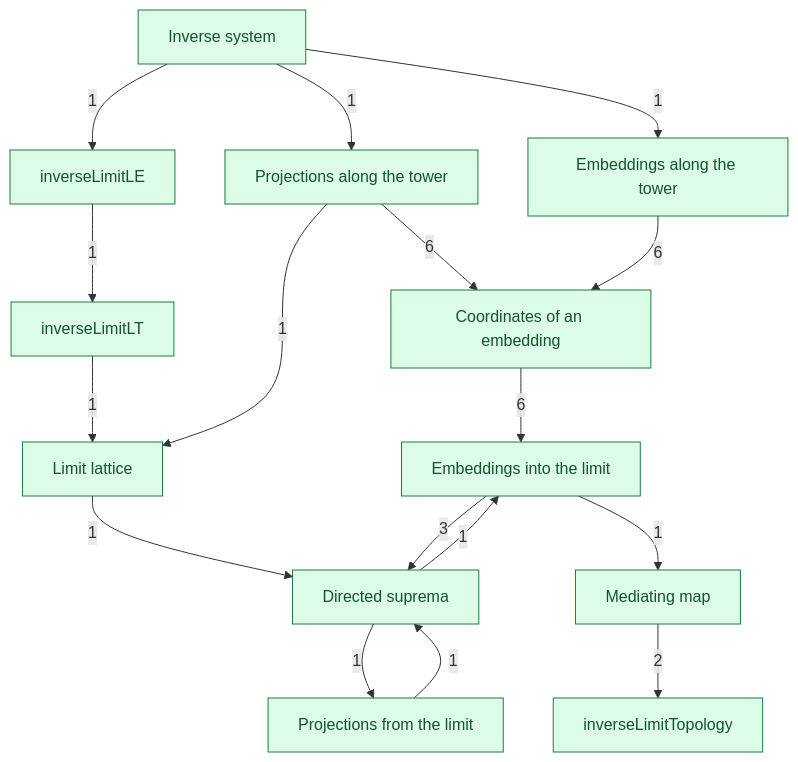
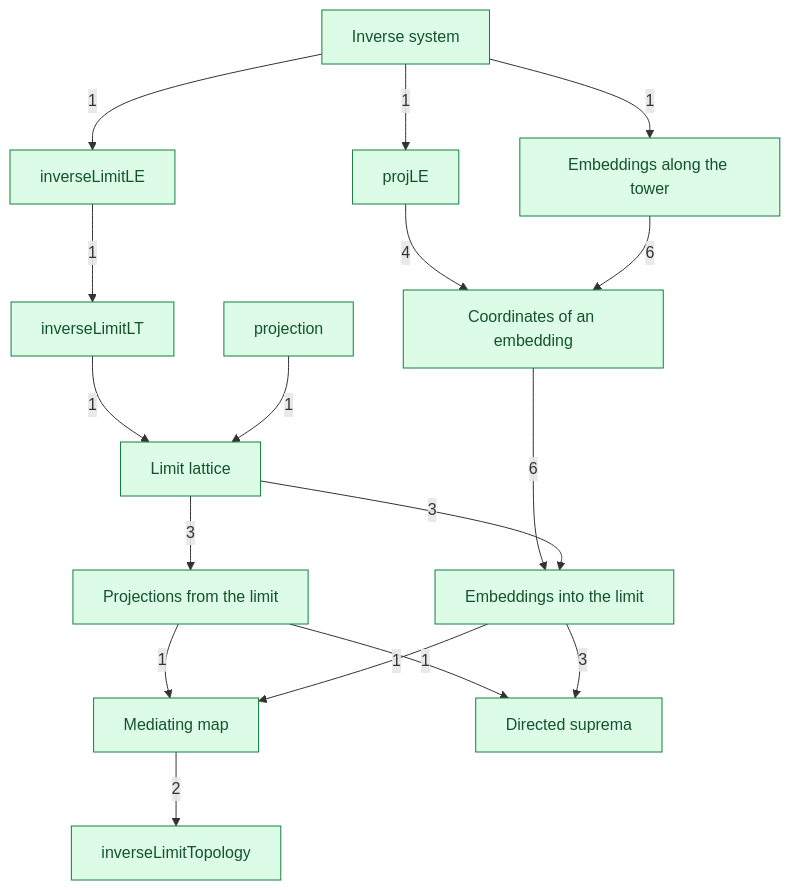
Before and after one commit to catskillsresearch/DomainTheory: the diagram in DomainTheory/ContinuousLattice/InverseLimits/1972_Inverse_limits.mermaid, drawn with Mermaid. The commit also changed 32 other files, not shown here.

Commit message:
File projLE and the one-step projection apart, and place the pointwise directed supremum with the limit lattice so the construction diagram has no cycles.

```diff
--- a/DomainTheory/ContinuousLattice/InverseLimits/1972_Inverse_limits.mermaid
+++ b/DomainTheory/ContinuousLattice/InverseLimits/1972_Inverse_limits.mermaid
@@ -1,34 +1,35 @@
 %% Notes of the inverse-limit construction.
 %% Arrowhead on the importer. The number is a direct-import count.
 %% An arrow already implied by a longer path is omitted.
 flowchart TB
   SYS["Inverse system"]
-  PLE["Projections along the tower"]
+  PLE["projLE"]
   ELE["Embeddings along the tower"]
+  LE["inverseLimitLE"]
   ICOMP["Coordinates of an embedding"]
+  LT["inverseLimitLT"]
+  PROJ["projection"]
+  LAT["Limit lattice"]
   PINF["Projections from the limit"]
   EINF["Embeddings into the limit"]
-  LE["inverseLimitLE"]
-  LT["inverseLimitLT"]
-  LAT["Limit lattice"]
+  COC["Mediating map"]
   SUP["Directed suprema"]
-  COC["Mediating map"]
   ITOP["inverseLimitTopology"]
   SYS -->|"1"| PLE
   SYS -->|"1"| ELE
   SYS -->|"1"| LE
-  PLE -->|"6"| ICOMP
+  PLE -->|"4"| ICOMP
   ELE -->|"6"| ICOMP
   ICOMP -->|"6"| EINF
   LE -->|"1"| LT
   LT -->|"1"| LAT
-  PLE -->|"1"| LAT
-  LAT -->|"1"| SUP
+  PROJ -->|"1"| LAT
+  LAT -->|"3"| PINF
+  LAT -->|"3"| EINF
+  PINF -->|"1"| COC
+  EINF -->|"1"| COC
+  PINF -->|"1"| SUP
   EINF -->|"3"| SUP
-  PINF -->|"1"| SUP
-  SUP -->|"1"| EINF
-  SUP -->|"1"| PINF
-  EINF -->|"1"| COC
   COC -->|"2"| ITOP
   classDef concept fill:#dcfce7,stroke:#15803d,color:#14532d
-  class SYS,PLE,ELE,ICOMP,PINF,EINF,LE,LT,LAT,SUP,COC,ITOP concept
+  class SYS,PLE,PROJ,ELE,ICOMP,PINF,EINF,LE,LT,LAT,SUP,COC,ITOP concept
```
